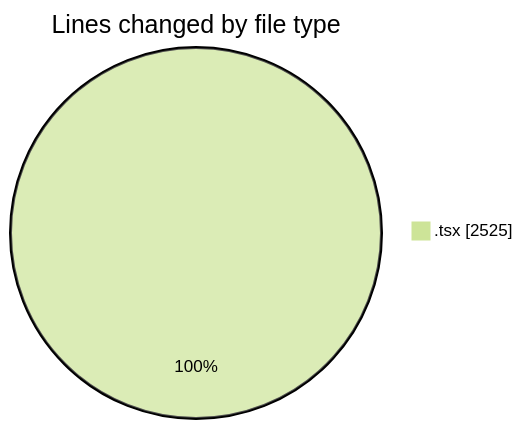
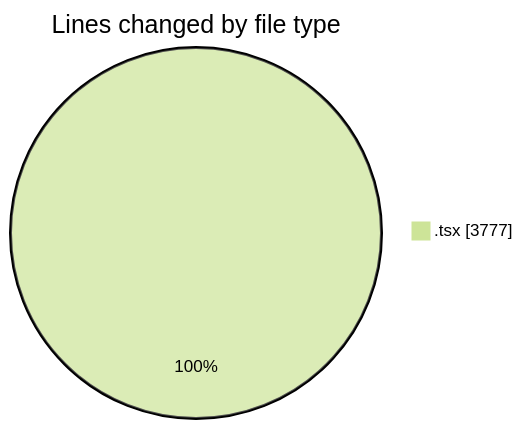
One commit to nxtqubesakshisongat/code-tracking changed the first of 2 diagrams in 2026-05-24/nxtqube_webapp/README.md. Above: the diagram before and after it, drawn with Mermaid (forest theme). The commit also changed other lines of this file and 1 other file, not shown here.

````diff
--- a/2026-05-24/nxtqube_webapp/README.md
+++ b/2026-05-24/nxtqube_webapp/README.md
@@ -22,5 +23,5 @@
 ```mermaid
 pie showData
 title Lines changed by file type
-".tsx" : 2525
+".tsx" : 3777
 ```
````
